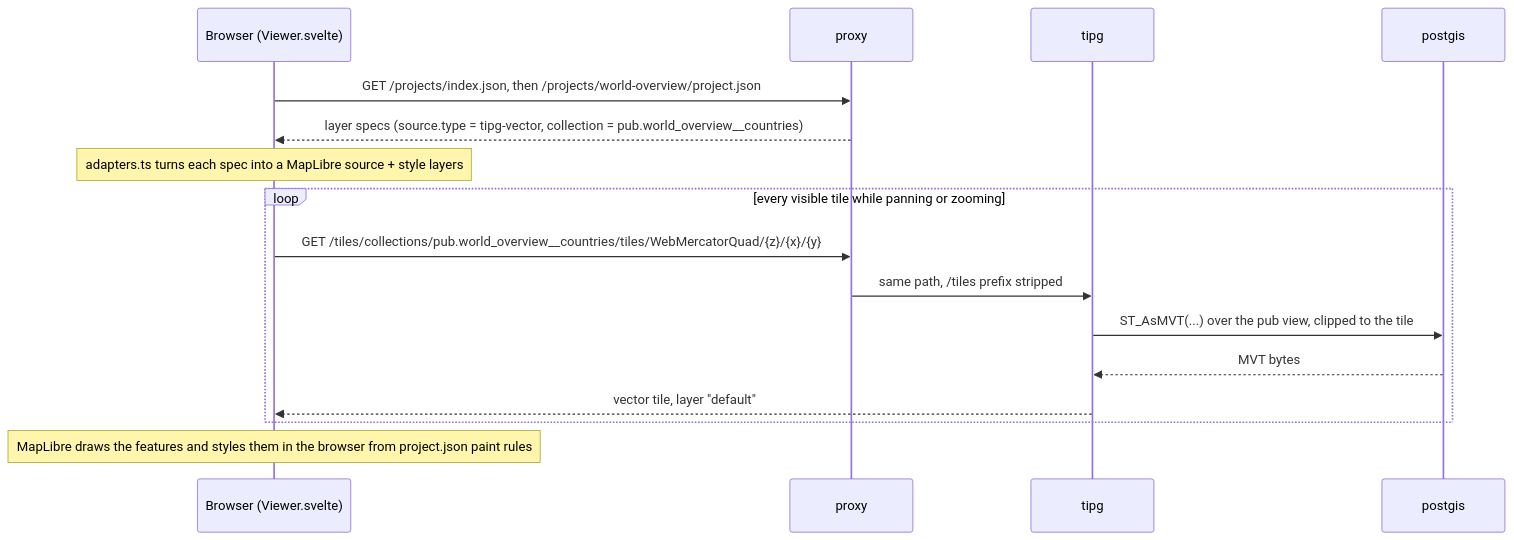
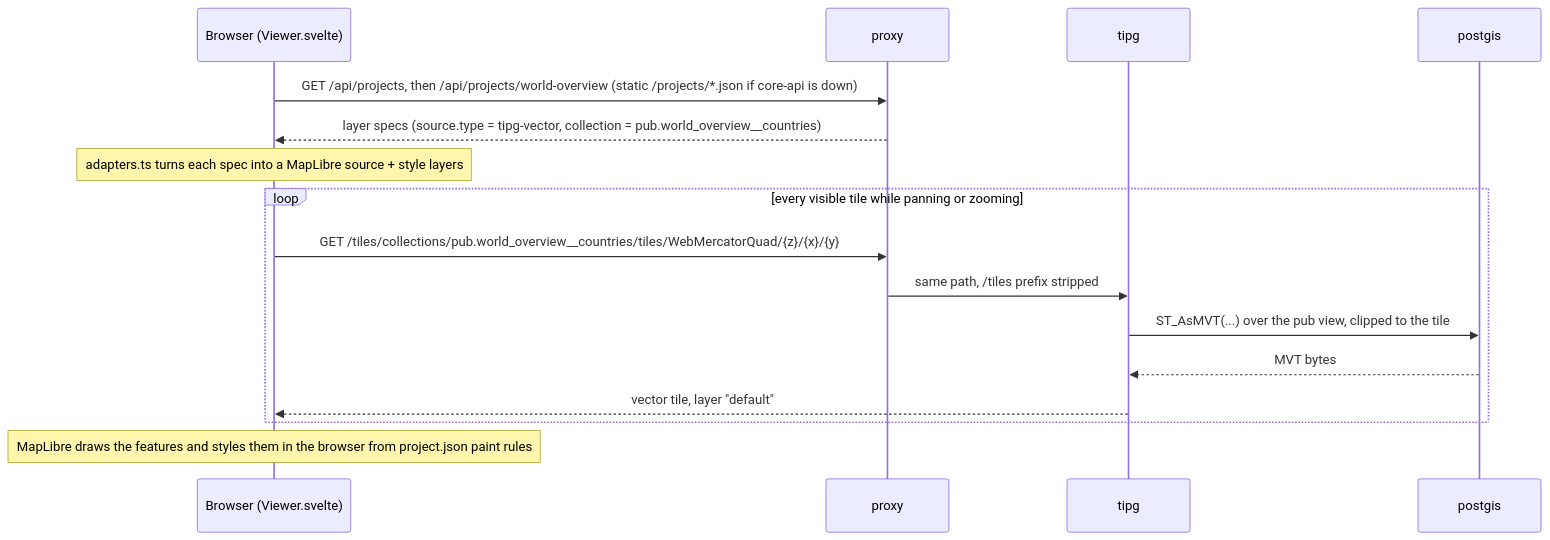
One commit to rwspatial/everything changed the third of 4 diagrams in docs/architecture.md. Above: the diagram before and after it, drawn with Mermaid. The commit also changed other lines of this file and 55 other files, not shown here.

````diff
--- a/docs/architecture.md
+++ b/docs/architecture.md
@@ -98,19 +99,19 @@
 ```mermaid
 sequenceDiagram
   participant B as Browser (Viewer.svelte)
   participant P as proxy
   participant T as tipg
   participant DB as postgis
 
-  B->>P: GET /projects/index.json, then /projects/world-overview/project.json
+  B->>P: GET /api/projects, then /api/projects/world-overview (static /projects/*.json if core-api is down)
   P-->>B: layer specs (source.type = tipg-vector, collection = pub.world_overview__countries)
   Note over B: adapters.ts turns each spec into a MapLibre source + style layers
   loop every visible tile while panning or zooming
     B->>P: GET /tiles/collections/pub.world_overview__countries/tiles/WebMercatorQuad/{z}/{x}/{y}
     P->>T: same path, /tiles prefix stripped
     T->>DB: ST_AsMVT(...) over the pub view, clipped to the tile
     DB-->>T: MVT bytes
     T-->>B: vector tile, layer "default"
   end
   Note over B: MapLibre draws the features and styles them in the browser from project.json paint rules
 ```
````
